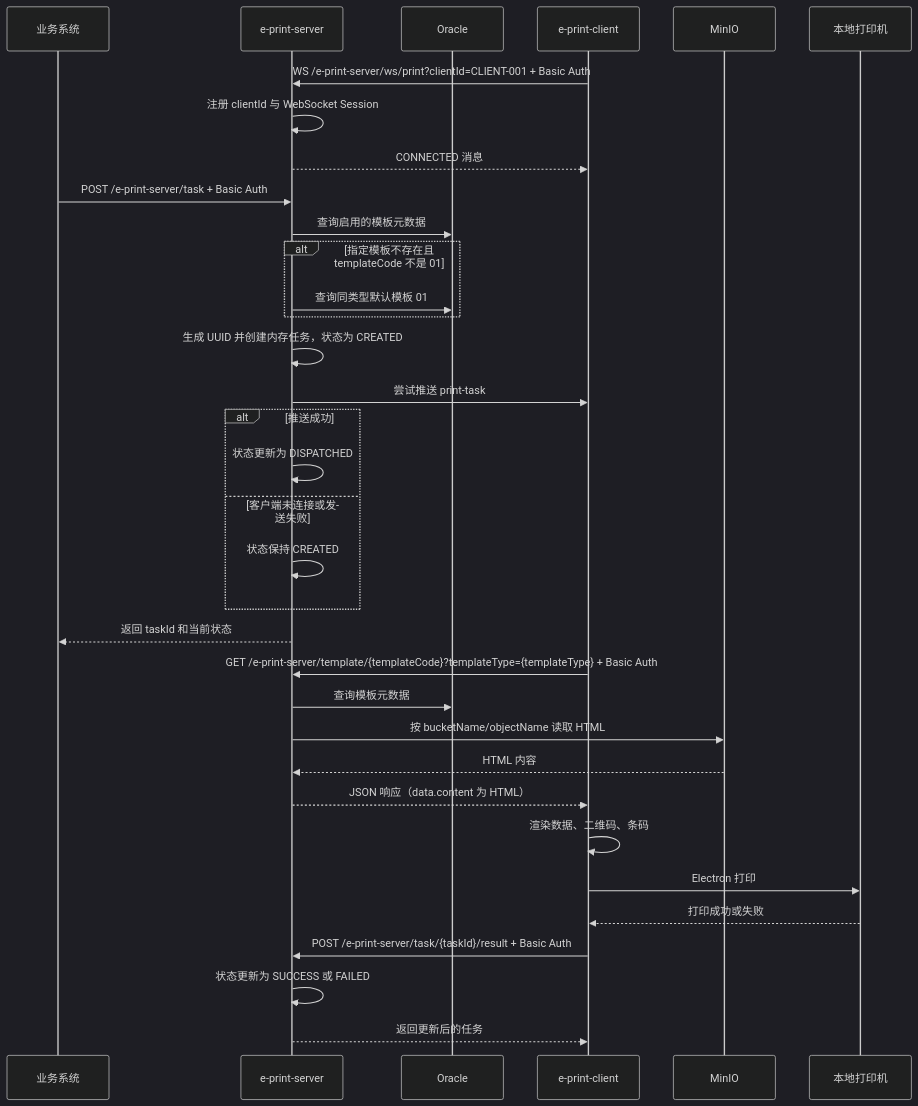
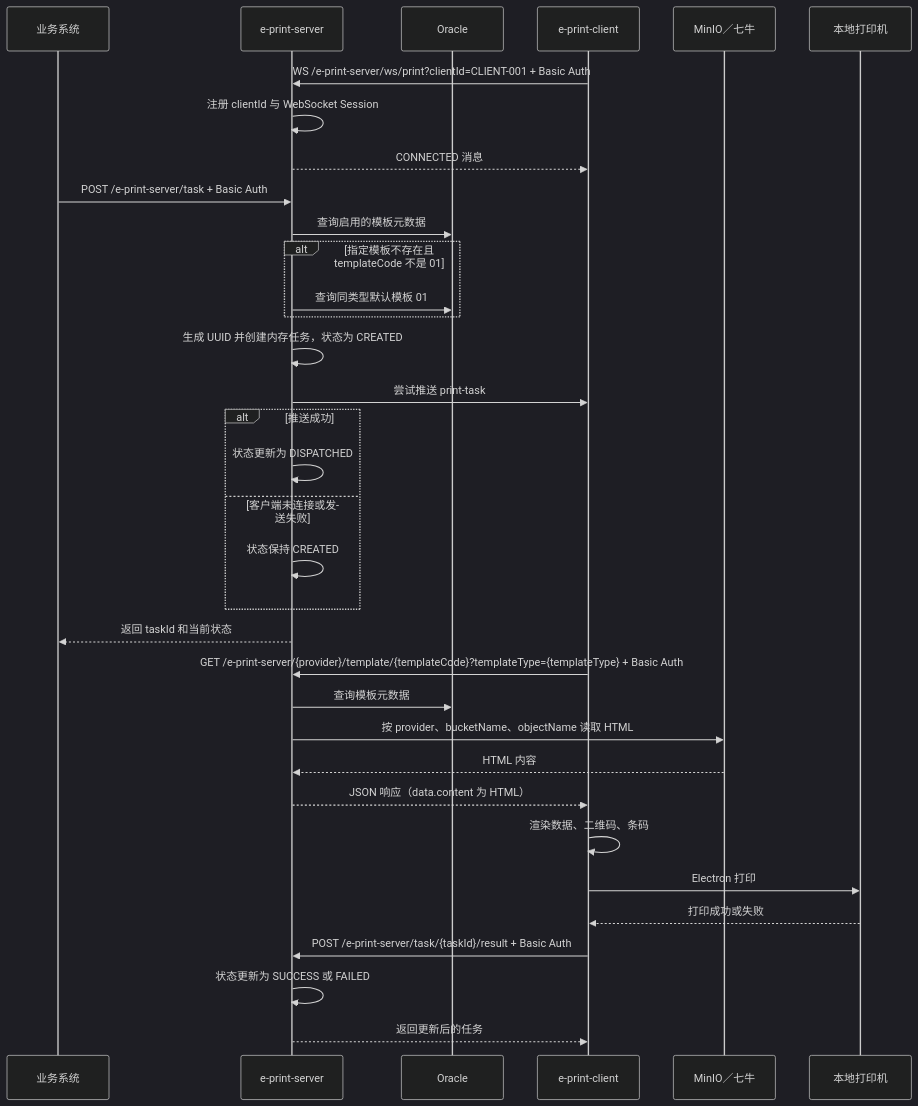
One commit to RicoFung/e-print changed the diagram in README.md. Above: the diagram before and after it, drawn with Mermaid (dark theme). The commit also changed other lines of this file and 4 other files, not shown here.

````diff
--- a/README.md
+++ b/README.md
@@ -61,39 +61,39 @@
 ```mermaid
 sequenceDiagram
     participant Biz as 业务系统
     participant Server as e-print-server
     participant DB as Oracle
     participant Client as e-print-client
-    participant MinIO as MinIO
+    participant Storage as MinIO／七牛
     participant Printer as 本地打印机
 
     Client->>Server: WS /e-print-server/ws/print?clientId=CLIENT-001 + Basic Auth
     Server->>Server: 注册 clientId 与 WebSocket Session
     Server-->>Client: CONNECTED 消息
 
     Biz->>Server: POST /e-print-server/task + Basic Auth
     Server->>DB: 查询启用的模板元数据
     alt 指定模板不存在且 templateCode 不是 01
         Server->>DB: 查询同类型默认模板 01
     end
     Server->>Server: 生成 UUID 并创建内存任务，状态为 CREATED
     Server->>Client: 尝试推送 print-task
     alt 推送成功
         Server->>Server: 状态更新为 DISPATCHED
     else 客户端未连接或发送失败
         Server->>Server: 状态保持 CREATED
     end
     Server-->>Biz: 返回 taskId 和当前状态
 
-    Client->>Server: GET /e-print-server/template/{templateCode}?templateType={templateType} + Basic Auth
+    Client->>Server: GET /e-print-server/{provider}/template/{templateCode}?templateType={templateType} + Basic Auth
     Server->>DB: 查询模板元数据
-    Server->>MinIO: 按 bucketName/objectName 读取 HTML
-    MinIO-->>Server: HTML 内容
+    Server->>Storage: 按 provider、bucketName、objectName 读取 HTML
+    Storage-->>Server: HTML 内容
     Server-->>Client: JSON 响应（data.content 为 HTML）
     Client->>Client: 渲染数据、二维码、条码
     Client->>Printer: Electron 打印
     Printer-->>Client: 打印成功或失败
     Client->>Server: POST /e-print-server/task/{taskId}/result + Basic Auth
     Server->>Server: 状态更新为 SUCCESS 或 FAILED
     Server-->>Client: 返回更新后的任务
 ```
````
